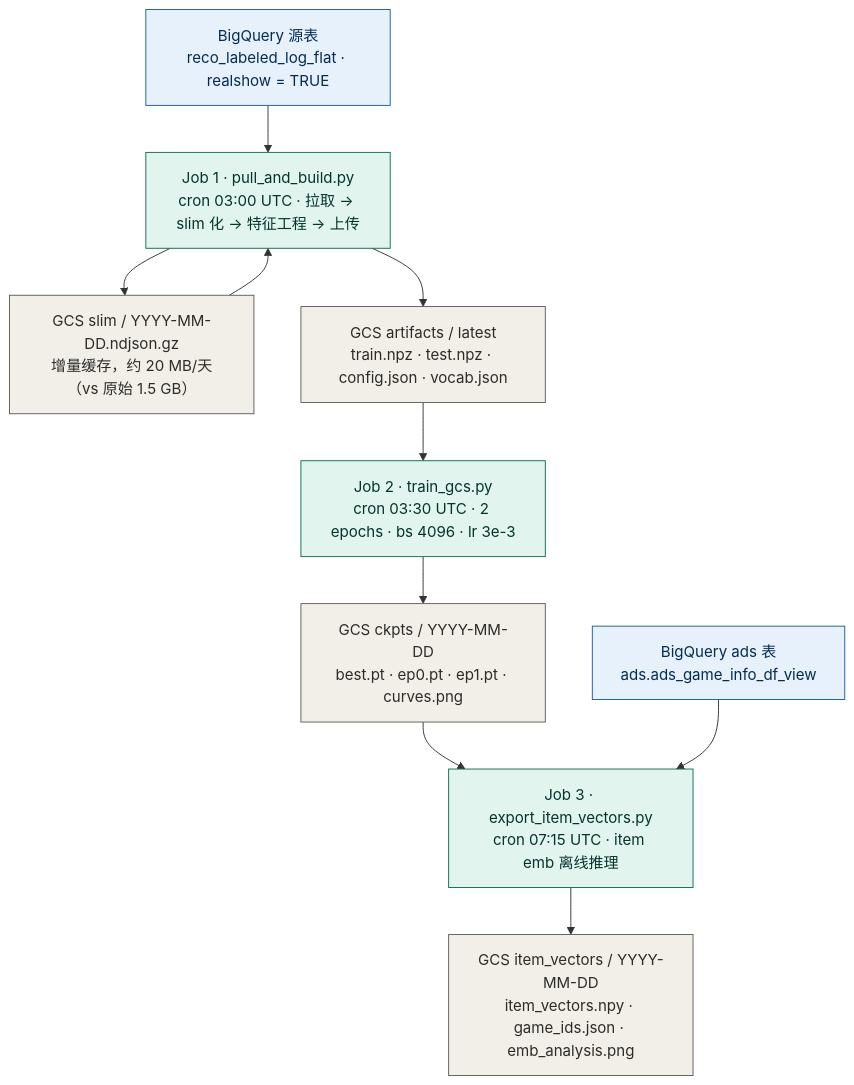
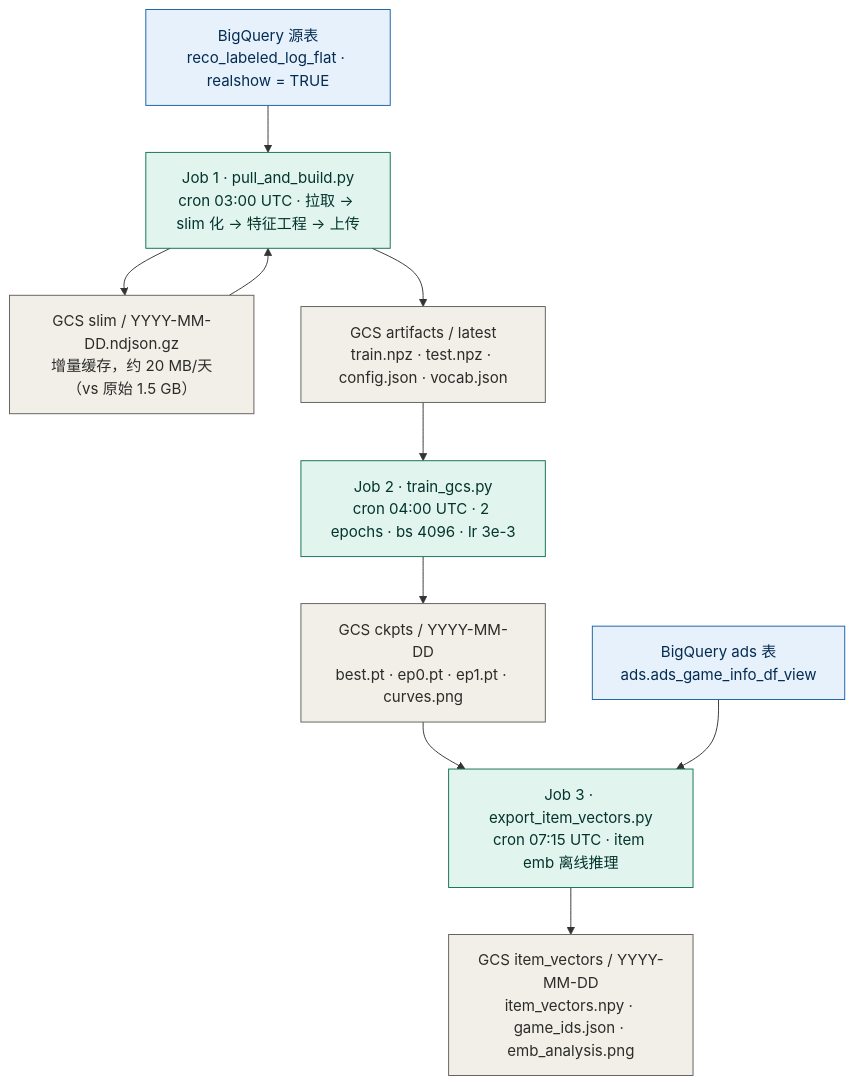
Before and after one commit to rezona-ai/rezona-reco-model: the first of 2 diagrams in two_tower_lite/README.md, drawn with Mermaid. The commit also changed other lines of this file and 3 other files, not shown here.

First line of the commit message:
fix(deploy): train 定时改回 04:00 UTC,与线上一致

````diff
--- a/two_tower_lite/README.md
+++ b/two_tower_lite/README.md
@@ -20,21 +20,21 @@
 ```mermaid
 flowchart TD
     BQ["BigQuery 源表<br/>reco_labeled_log_flat · realshow = TRUE"]
     BQADS["BigQuery ads 表<br/>ads.ads_game_info_df_view"]
     J1["Job 1 · pull_and_build.py<br/>cron 03:00 UTC · 拉取 → slim 化 → 特征工程 → 上传"]
     SLIM["GCS slim / YYYY-MM-DD.ndjson.gz<br/>增量缓存，约 20 MB/天（vs 原始 1.5 GB）"]
     ART["GCS artifacts / latest<br/>train.npz · test.npz · config.json · vocab.json"]
-    J2["Job 2 · train_gcs.py<br/>cron 03:30 UTC · 2 epochs · bs 4096 · lr 3e-3"]
+    J2["Job 2 · train_gcs.py<br/>cron 04:00 UTC · 2 epochs · bs 4096 · lr 3e-3"]
     CKPT["GCS ckpts / YYYY-MM-DD<br/>best.pt · ep0.pt · ep1.pt · curves.png"]
     J3["Job 3 · export_item_vectors.py<br/>cron 07:15 UTC · item emb 离线推理"]
     VEC["GCS item_vectors / YYYY-MM-DD<br/>item_vectors.npy · game_ids.json · emb_analysis.png"]
     BQ --> J1 --> SLIM --> J1 --> ART --> J2 --> CKPT --> J3
     BQADS --> J3 --> VEC
 
     classDef source fill:#E6F1FB,stroke:#185FA5,color:#042C53;
     classDef compute fill:#E1F5EE,stroke:#0F6E56,color:#04342C;
     classDef storage fill:#F1EFE8,stroke:#5F5E5A,color:#2C2C2A;
     class BQ,BQADS source;
     class J1,J2,J3 compute;
     class SLIM,ART,CKPT,VEC storage;
 ```
````
